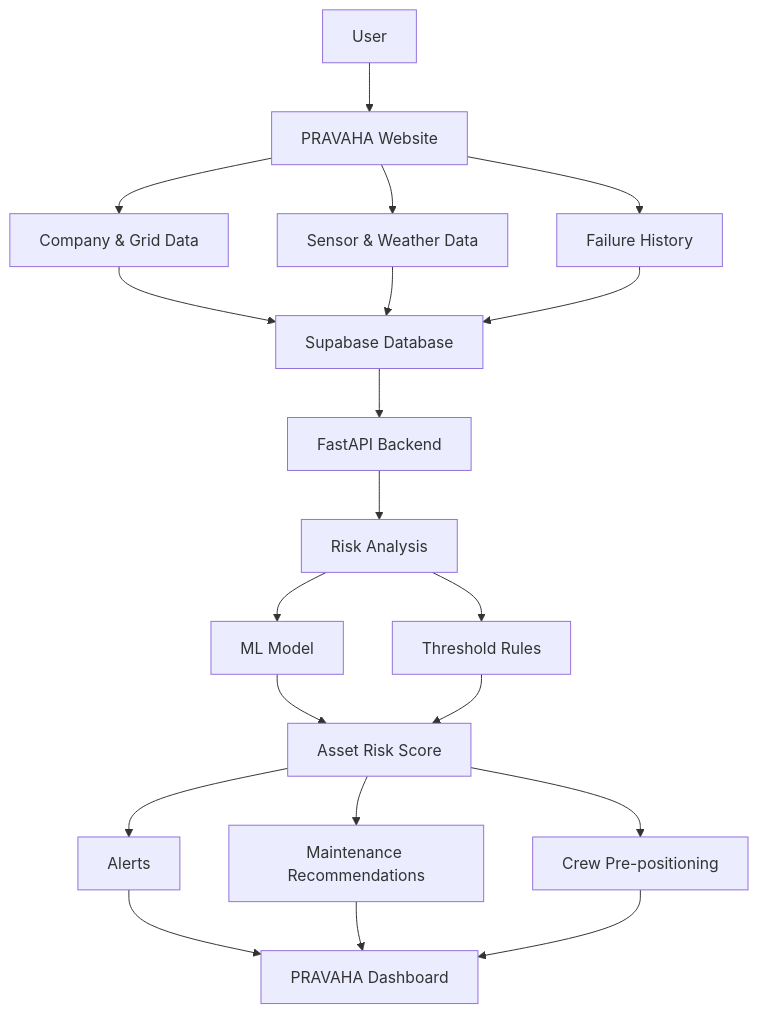
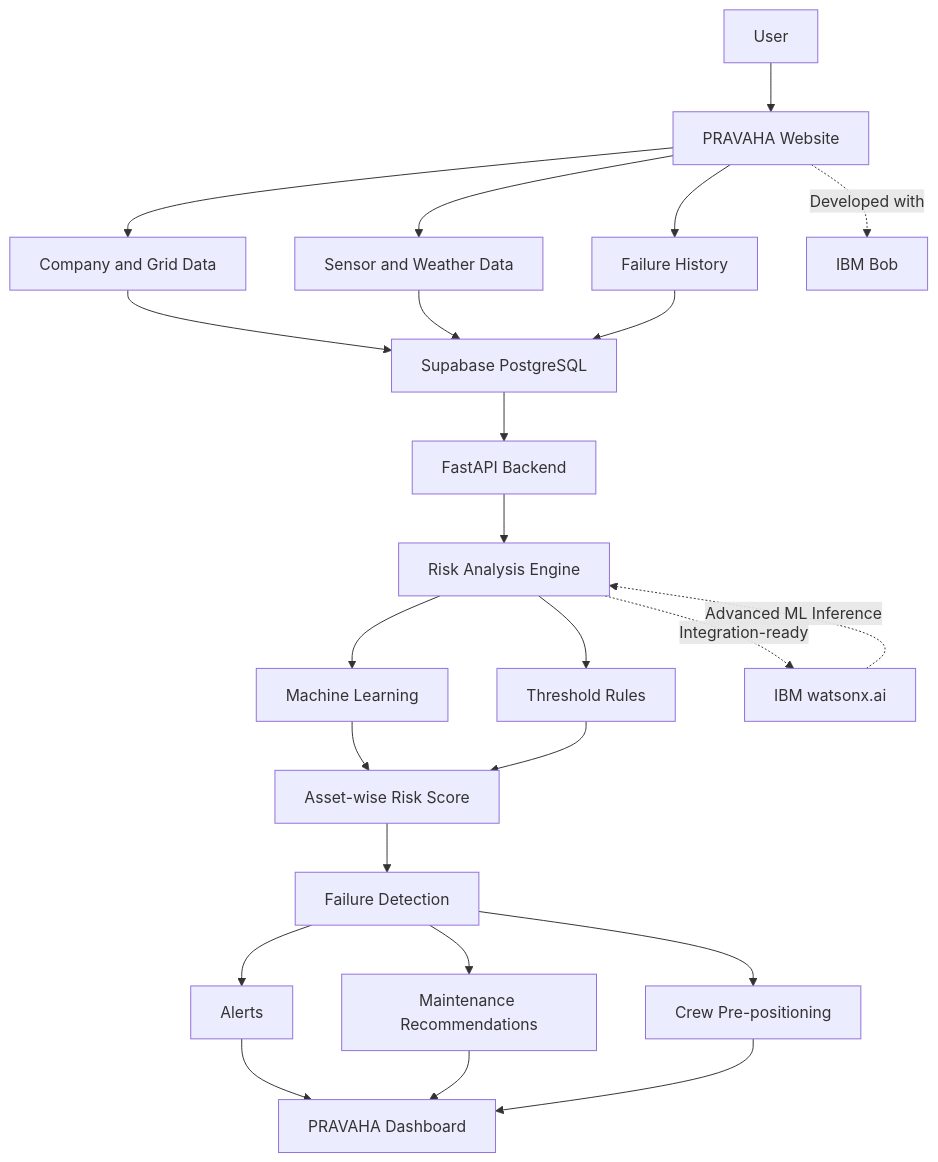
Before and after one commit to Aryashah1505/bob-ai-hackathon-VoltVision: the first of 2 diagrams in docs/architecture.md, drawn with Mermaid. The commit also changed other lines of this file, not shown here.

````diff
--- a/docs/architecture.md
+++ b/docs/architecture.md
@@ -5,29 +5,37 @@
 ```mermaid
 flowchart TD
     A[User] --> B[PRAVAHA Website]
 
-    B --> C[Company & Grid Data]
-    B --> D[Sensor & Weather Data]
+    B --> C[Company and Grid Data]
+    B --> D[Sensor and Weather Data]
     B --> E[Failure History]
 
-    C --> F[Supabase Database]
+    C --> F[Supabase PostgreSQL]
     D --> F
     E --> F
 
     F --> G[FastAPI Backend]
 
-    G --> H[Risk Analysis]
-    H --> I[ML Model]
+    G --> H[Risk Analysis Engine]
+
+    H --> I[Machine Learning]
     H --> J[Threshold Rules]
 
-    I --> K[Asset Risk Score]
+    I --> K[Asset-wise Risk Score]
     J --> K
 
-    K --> L[Alerts]
-    K --> M[Maintenance Recommendations]
-    K --> N[Crew Pre-positioning]
+    K --> L[Failure Detection]
 
-    L --> O[PRAVAHA Dashboard]
-    M --> O
-    N --> O
+    L --> M[Alerts]
+    L --> N[Maintenance Recommendations]
+    L --> O[Crew Pre-positioning]
+
+    M --> P[PRAVAHA Dashboard]
+    N --> P
+    O --> P
+
+    H -. Integration-ready .-> Q[IBM watsonx.ai]
+    Q -. Advanced ML Inference .-> H
+
+    B -. Developed with .-> R[IBM Bob]
 ```
````
